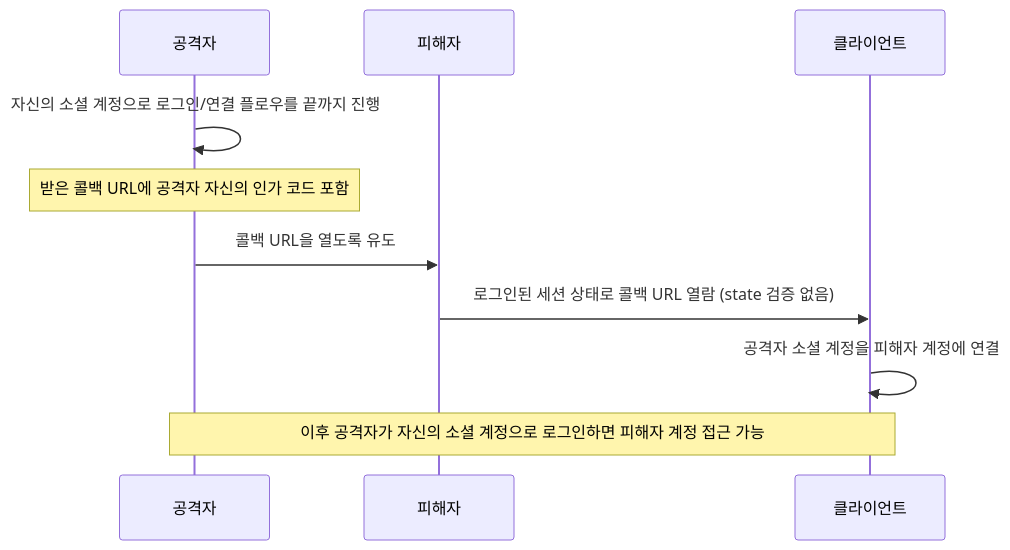
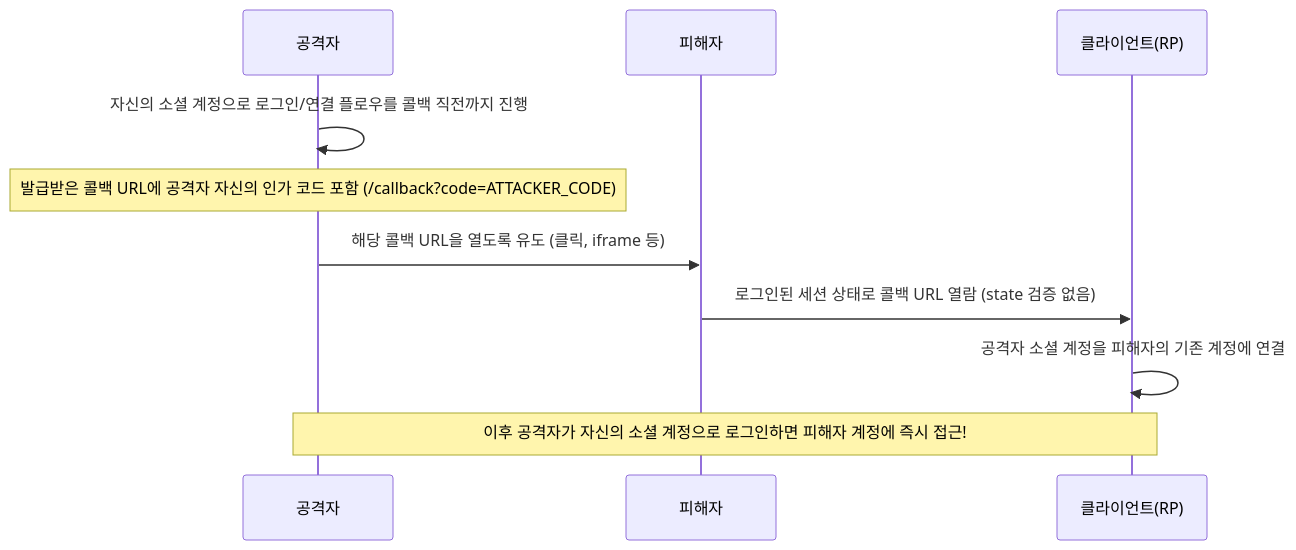
The third of 3 diagrams in content/웹취약점/웹 취약점 진단 SSO편 — OAuth·OIDC 플로우 공격.md (gooyong-sec/gooyong-sec.github.io), drawn with Mermaid before and after one commit. The commit also changed other lines of this file and 68 other files, not shown here.

````diff
--- a/content/웹취약점/웹 취약점 진단 SSO편 — OAuth·OIDC 플로우 공격.md
+++ b/content/웹취약점/웹 취약점 진단 SSO편 — OAuth·OIDC 플로우 공격.md
@@ -57,12 +97,12 @@
 ```mermaid
 sequenceDiagram
     participant A as 공격자
     participant V as 피해자
-    participant C as 클라이언트
-    A->>A: 자신의 소셜 계정으로 로그인/연결 플로우를 끝까지 진행
-    Note over A: 받은 콜백 URL에 공격자 자신의 인가 코드 포함
-    A->>V: 콜백 URL을 열도록 유도
+    participant C as 클라이언트(RP)
+    A->>A: 자신의 소셜 계정으로 로그인/연결 플로우를 콜백 직전까지 진행
+    Note over A: 발급받은 콜백 URL에 공격자 자신의 인가 코드 포함 (/callback?code=ATTACKER_CODE)
+    A->>V: 해당 콜백 URL을 열도록 유도 (클릭, iframe 등)
     V->>C: 로그인된 세션 상태로 콜백 URL 열람 (state 검증 없음)
-    C->>C: 공격자 소셜 계정을 피해자 계정에 연결
-    Note over A,C: 이후 공격자가 자신의 소셜 계정으로 로그인하면 피해자 계정 접근 가능
+    C->>C: 공격자 소셜 계정을 피해자의 기존 계정에 연결
+    Note over A,C: 이후 공격자가 자신의 소셜 계정으로 로그인하면 피해자 계정에 즉시 접근!
 ```
````
